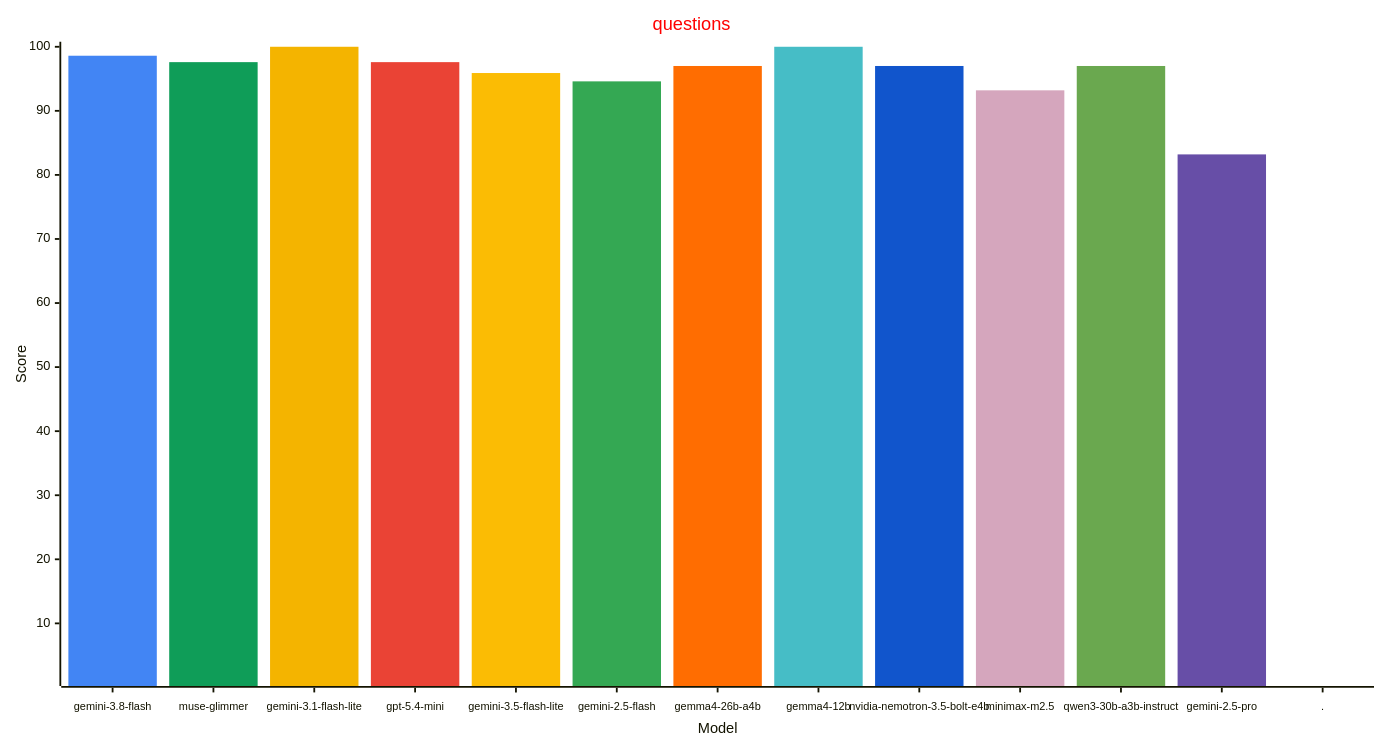
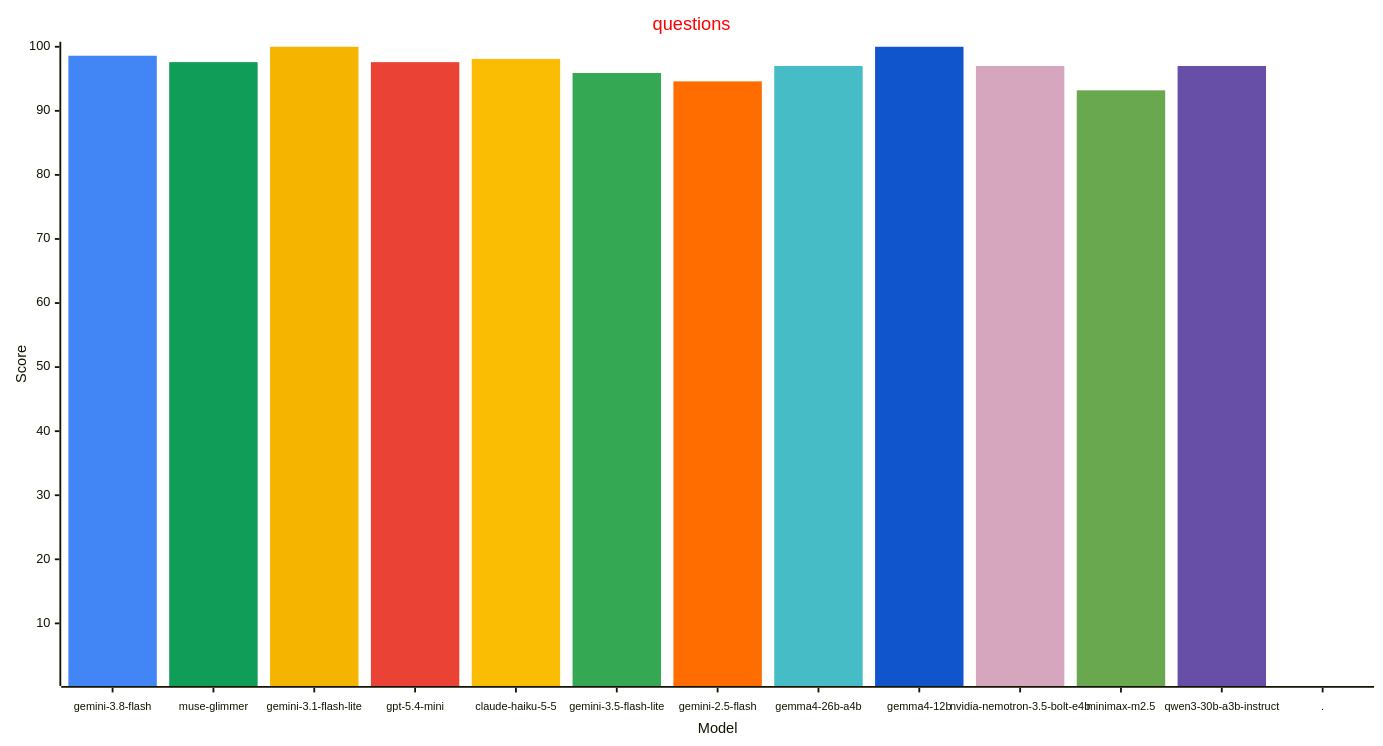
The third of 4 diagrams in reports/README.md (allenporter/home-assistant-datasets), drawn with Mermaid before and after one commit. The commit also changed other lines of this file, not shown here.

````diff
--- a/reports/README.md
+++ b/reports/README.md
@@ -184,33 +185,33 @@
 ```mermaid
 ---
 config:
     xyChart:
         width: 1500
         height: 800
         xAxis:
           labelFontSize: 12
           labelPadding: 8
     themeVariables:
         xyChart:
             titleColor: "#ff0000"
             plotColorPalette: "#4285f4, #0f9d58, #f4b400, #ea4335, #fbbc04, #34a853, #ff6d01, #46bdc6, #1155cc, #d5a6bd, #6aa84f, #674ea7, #4285f4"
 
 ---
 xychart-beta
   title "questions"
-  x-axis "Model" [gemini-3.8-flash, muse-glimmer, gemini-3.1-flash-lite, gpt-5.4-mini, gemini-3.5-flash-lite, gemini-2.5-flash, gemma4-26b-a4b, gemma4-12b, nvidia-nemotron-3.5-bolt-e4b, minimax-m2.5, qwen3-30b-a3b-instruct, gemini-2.5-pro, .]
+  x-axis "Model" [gemini-3.8-flash, muse-glimmer, gemini-3.1-flash-lite, gpt-5.4-mini, claude-haiku-5-5, gemini-3.5-flash-lite, gemini-2.5-flash, gemma4-26b-a4b, gemma4-12b, nvidia-nemotron-3.5-bolt-e4b, minimax-m2.5, qwen3-30b-a3b-instruct, .]
   y-axis "Score" 1 --> 100
   bar [98.6, 0.0, 0.0, 0.0, 0.0, 0.0, 0.0, 0.0, 0.0, 0.0, 0.0, 0.0, 0.0]
   bar [0.0, 97.6, 0.0, 0.0, 0.0, 0.0, 0.0, 0.0, 0.0, 0.0, 0.0, 0.0, 0.0]
   bar [0.0, 0.0, 100.0, 0.0, 0.0, 0.0, 0.0, 0.0, 0.0, 0.0, 0.0, 0.0, 0.0]
   bar [0.0, 0.0, 0.0, 97.6, 0.0, 0.0, 0.0, 0.0, 0.0, 0.0, 0.0, 0.0, 0.0]
-  bar [0.0, 0.0, 0.0, 0.0, 95.9, 0.0, 0.0, 0.0, 0.0, 0.0, 0.0, 0.0, 0.0]
-  bar [0.0, 0.0, 0.0, 0.0, 0.0, 94.6, 0.0, 0.0, 0.0, 0.0, 0.0, 0.0, 0.0]
-  bar [0.0, 0.0, 0.0, 0.0, 0.0, 0.0, 97.0, 0.0, 0.0, 0.0, 0.0, 0.0, 0.0]
-  bar [0.0, 0.0, 0.0, 0.0, 0.0, 0.0, 0.0, 100.0, 0.0, 0.0, 0.0, 0.0, 0.0]
-  bar [0.0, 0.0, 0.0, 0.0, 0.0, 0.0, 0.0, 0.0, 97.0, 0.0, 0.0, 0.0, 0.0]
-  bar [0.0, 0.0, 0.0, 0.0, 0.0, 0.0, 0.0, 0.0, 0.0, 93.2, 0.0, 0.0, 0.0]
-  bar [0.0, 0.0, 0.0, 0.0, 0.0, 0.0, 0.0, 0.0, 0.0, 0.0, 97.0, 0.0, 0.0]
-  bar [0.0, 0.0, 0.0, 0.0, 0.0, 0.0, 0.0, 0.0, 0.0, 0.0, 0.0, 83.2, 0.0]
+  bar [0.0, 0.0, 0.0, 0.0, 98.1, 0.0, 0.0, 0.0, 0.0, 0.0, 0.0, 0.0, 0.0]
+  bar [0.0, 0.0, 0.0, 0.0, 0.0, 95.9, 0.0, 0.0, 0.0, 0.0, 0.0, 0.0, 0.0]
+  bar [0.0, 0.0, 0.0, 0.0, 0.0, 0.0, 94.6, 0.0, 0.0, 0.0, 0.0, 0.0, 0.0]
+  bar [0.0, 0.0, 0.0, 0.0, 0.0, 0.0, 0.0, 97.0, 0.0, 0.0, 0.0, 0.0, 0.0]
+  bar [0.0, 0.0, 0.0, 0.0, 0.0, 0.0, 0.0, 0.0, 100.0, 0.0, 0.0, 0.0, 0.0]
+  bar [0.0, 0.0, 0.0, 0.0, 0.0, 0.0, 0.0, 0.0, 0.0, 97.0, 0.0, 0.0, 0.0]
+  bar [0.0, 0.0, 0.0, 0.0, 0.0, 0.0, 0.0, 0.0, 0.0, 0.0, 93.2, 0.0, 0.0]
+  bar [0.0, 0.0, 0.0, 0.0, 0.0, 0.0, 0.0, 0.0, 0.0, 0.0, 0.0, 97.0, 0.0]
   bar [0.0, 0.0, 0.0, 0.0, 0.0, 0.0, 0.0, 0.0, 0.0, 0.0, 0.0, 0.0, -1.0]
 ```
````
